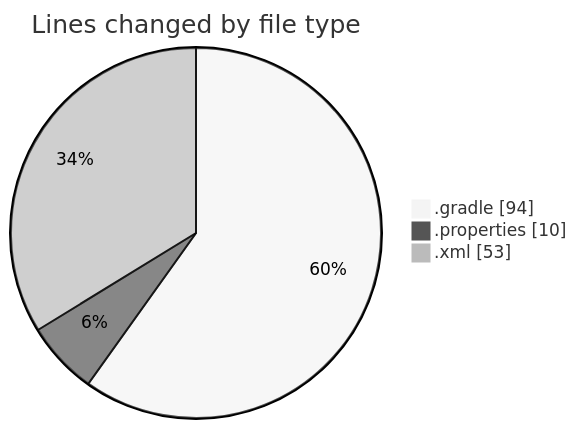
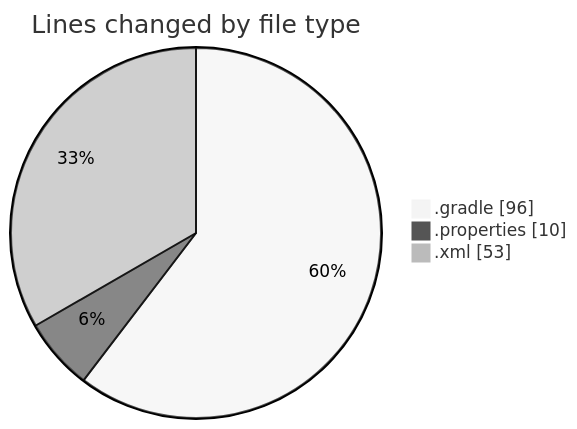
One commit to donsfak/code-tracking changed the first of 2 diagrams in 2025-02-01/maps_clone/README.md. Above: the diagram before and after it, drawn with Mermaid (neutral theme). The commit also changed other lines of this file and 1 other file, not shown here.

````diff
--- a/2025-02-01/maps_clone/README.md
+++ b/2025-02-01/maps_clone/README.md
@@ -25,7 +25,7 @@
 ```mermaid
 pie showData
 title Lines changed by file type
-".gradle" : 94
+".gradle" : 96
 ".properties" : 10
 ".xml" : 53
 ```
````
